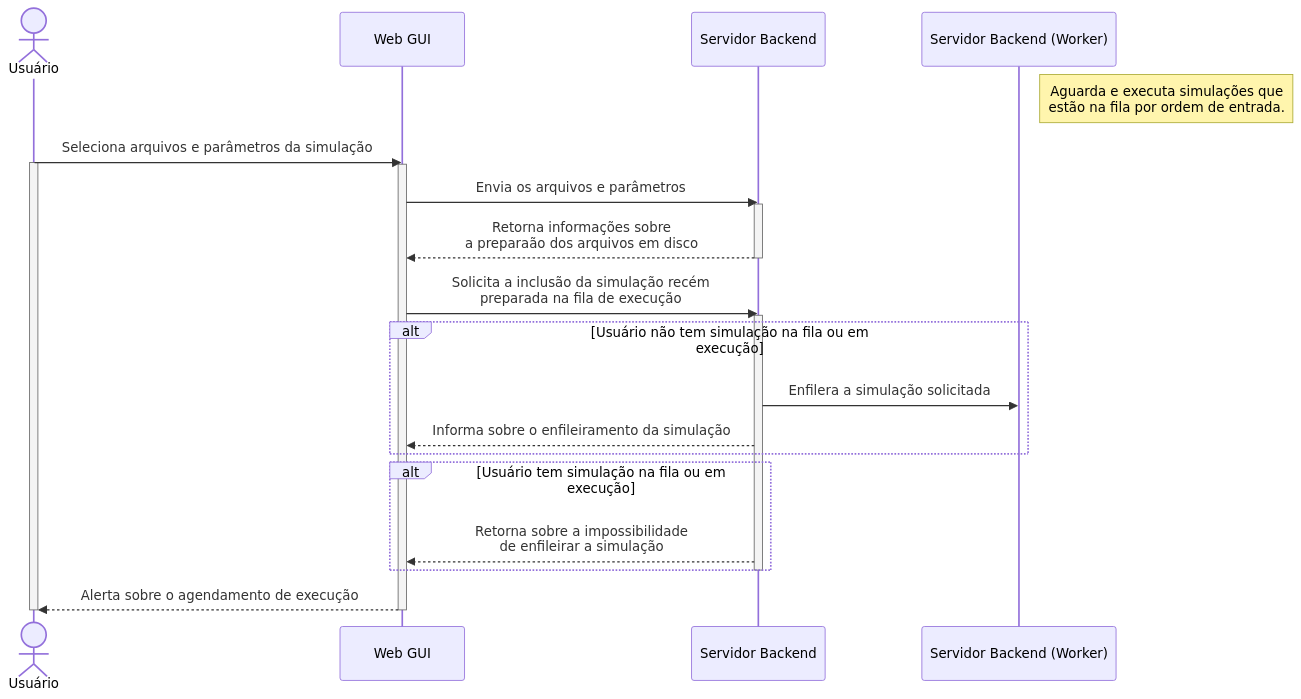
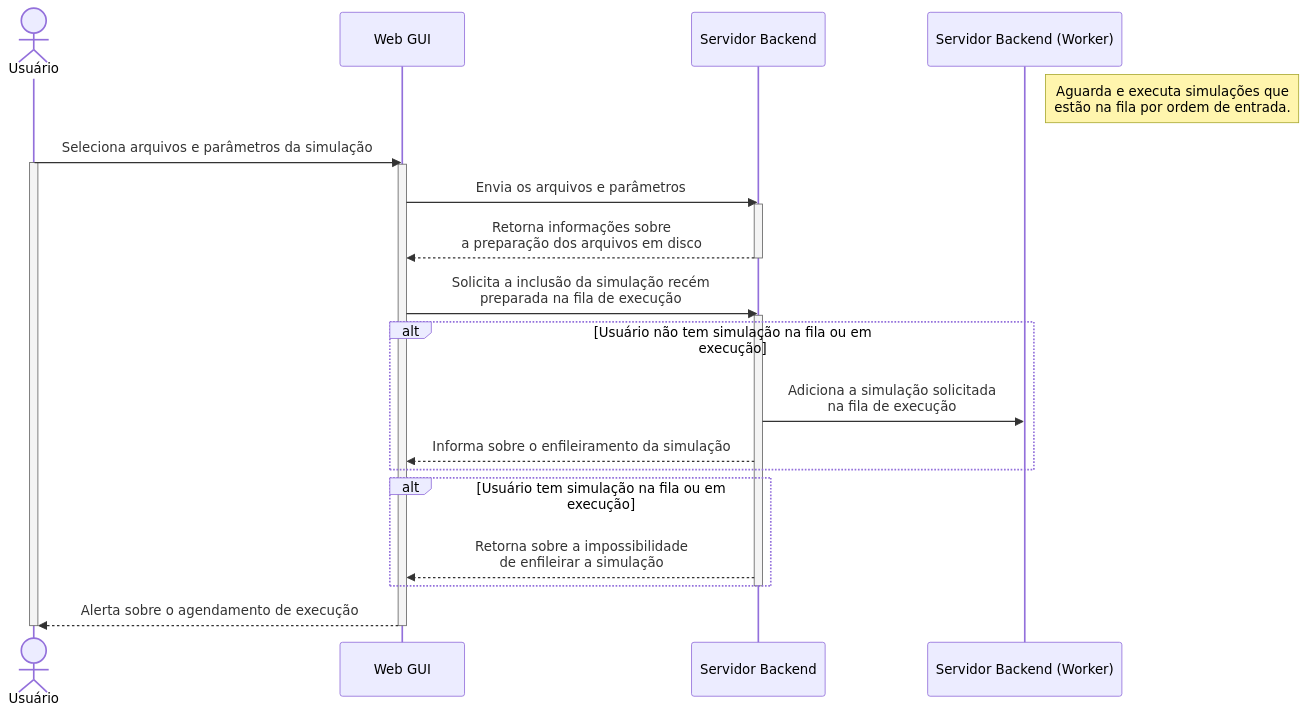
The second of 2 diagrams in pages/5-diagrama-sequencia.mdx (ivopr/tcc-presentation), drawn with Mermaid before and after one commit. The commit also changed other lines of this file and 8 other files, not shown here.

````diff
--- a/pages/5-diagrama-sequencia.mdx
+++ b/pages/5-diagrama-sequencia.mdx
@@ -33,29 +33,29 @@
 ```mermaid
 sequenceDiagram
   actor Usuário
   participant Web GUI
   participant Servidor Backend
   participant Servidor Backend (Worker)
   Note right of Servidor Backend (Worker): Aguarda e executa simulações que<br/> estão na fila por ordem de entrada.
 
   Usuário->>Web GUI: Seleciona arquivos e parâmetros da simulação
   activate Usuário
   activate Web GUI
   Web GUI->>Servidor Backend: Envia os arquivos e parâmetros
   activate Servidor Backend
-  Servidor Backend-->>Web GUI: Retorna informações sobre<br/> a preparaão dos arquivos em disco
+  Servidor Backend-->>Web GUI: Retorna informações sobre<br/> a preparação dos arquivos em disco
   deactivate Servidor Backend
   Web GUI->>Servidor Backend: Solicita a inclusão da simulação recém<br/> preparada na fila de execução
   activate Servidor Backend
   alt Usuário não tem simulação na fila ou em execução
-    Servidor Backend->>Servidor Backend (Worker): Enfilera a simulação solicitada
+    Servidor Backend->>Servidor Backend (Worker): Adiciona a simulação solicitada <br/>na fila de execução
     Servidor Backend-->>Web GUI: Informa sobre o enfileiramento da simulação
   end
   alt Usuário tem simulação na fila ou em execução
     Servidor Backend-->>Web GUI: Retorna sobre a impossibilidade<br/> de enfileirar a simulação
   end
   deactivate Servidor Backend
   Web GUI-->>Usuário: Alerta sobre o agendamento de execução
   deactivate Web GUI
   deactivate Usuário
 ```
````
